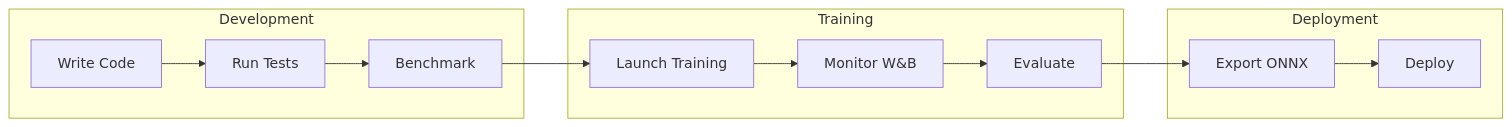
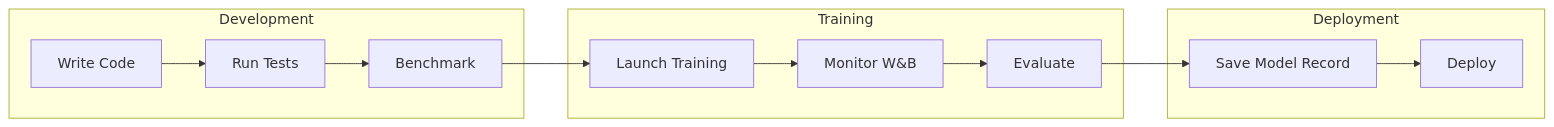
Before and after one commit to NikkeTryHard/hydra: the seventh of 7 diagrams in research/INFRASTRUCTURE.md, drawn with Mermaid. The commit also changed other lines of this file and 6 other files, not shown here.

````diff
--- a/research/INFRASTRUCTURE.md
+++ b/research/INFRASTRUCTURE.md
@@ -852,18 +791,18 @@
 ```mermaid
 graph LR
     subgraph "Development"
         CODE[Write Code] --> TEST[Run Tests]
         TEST --> BENCH[Benchmark]
     end
 
     subgraph "Training"
         BENCH --> TRAIN[Launch Training]
         TRAIN --> MONITOR[Monitor W&B]
         MONITOR --> EVAL[Evaluate]
     end
 
     subgraph "Deployment"
-        EVAL --> EXPORT[Export ONNX]
-        EXPORT --> DEPLOY[Deploy]
+        EVAL --> SAVE[Save Model Record]
+        SAVE --> DEPLOY[Deploy]
     end
 ```
````
